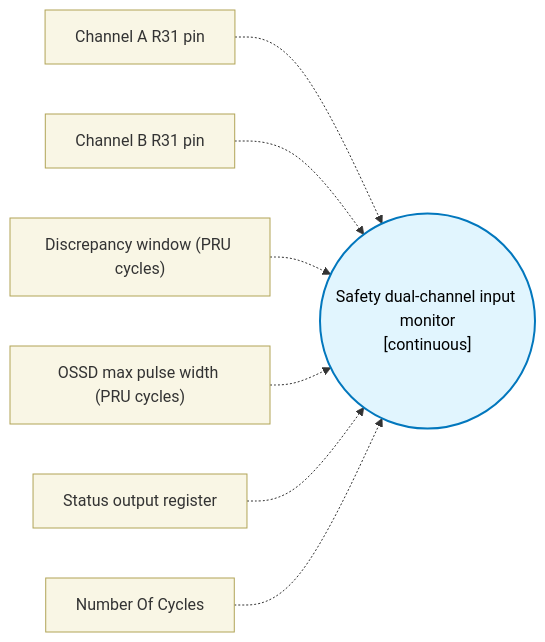
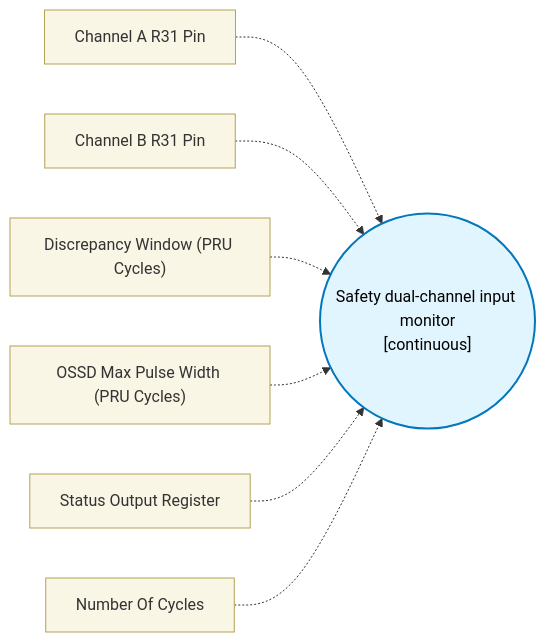
One commit to TexasInstruments/pru-no-code-tool changed the diagram in docs/block-reference/blocks/safety_dual_monitor_block/design.md. Above: the diagram before and after it, drawn with Mermaid. The commit also changed other lines of this file and 89 other files, not shown here.

````diff
--- a/docs/block-reference/blocks/safety_dual_monitor_block/design.md
+++ b/docs/block-reference/blocks/safety_dual_monitor_block/design.md
@@ -81,12 +81,12 @@
 ```mermaid
 flowchart LR
   classDef config fill:#f9f6e5,stroke:#b1a457,stroke-width:1px,color:#333;
   classDef core fill:#e1f5fe,stroke:#0277bd,stroke-width:2px,color:#000;
   CORE(("Safety dual-channel input monitor\n[continuous]")):::core
-  CFG0["Channel A R31 pin"]:::config -.-> CORE
-  CFG1["Channel B R31 pin"]:::config -.-> CORE
-  CFG2["Discrepancy window (PRU cycles)"]:::config -.-> CORE
-  CFG3["OSSD max pulse width (PRU cycles)"]:::config -.-> CORE
-  CFG4["Status output register"]:::config -.-> CORE
+  CFG0["Channel A R31 Pin"]:::config -.-> CORE
+  CFG1["Channel B R31 Pin"]:::config -.-> CORE
+  CFG2["Discrepancy Window (PRU Cycles)"]:::config -.-> CORE
+  CFG3["OSSD Max Pulse Width (PRU Cycles)"]:::config -.-> CORE
+  CFG4["Status Output Register"]:::config -.-> CORE
   CFG5["Number Of Cycles"]:::config -.-> CORE
 ```
````
